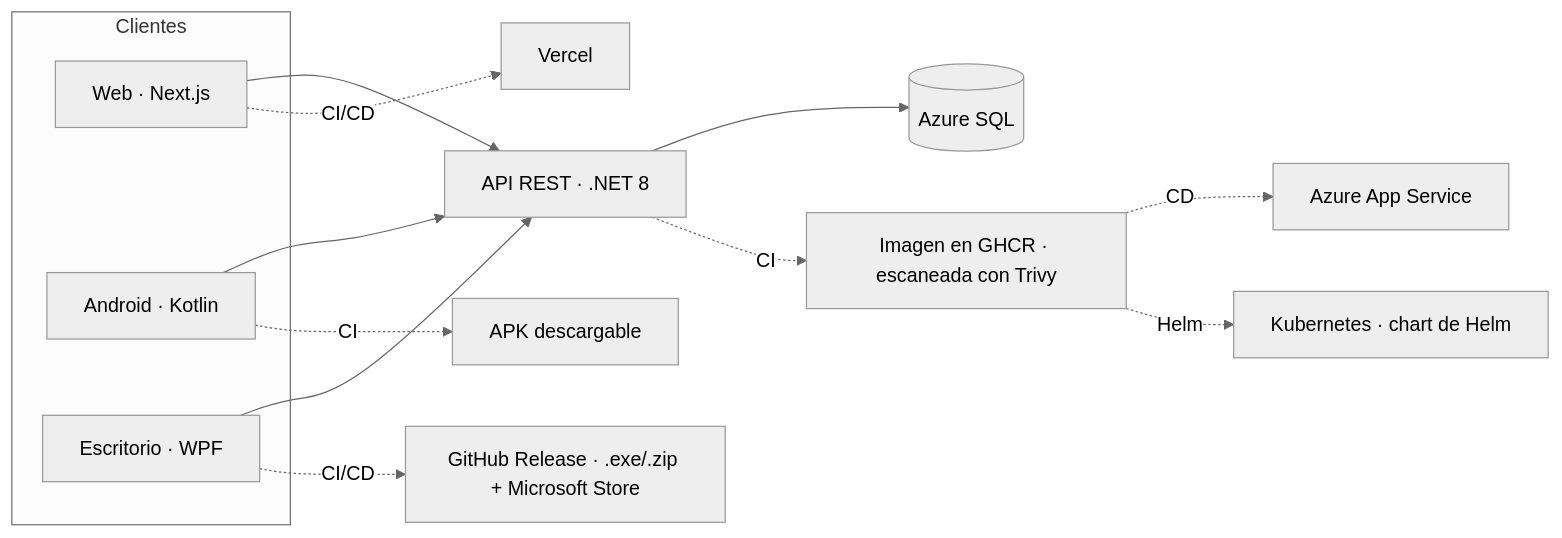
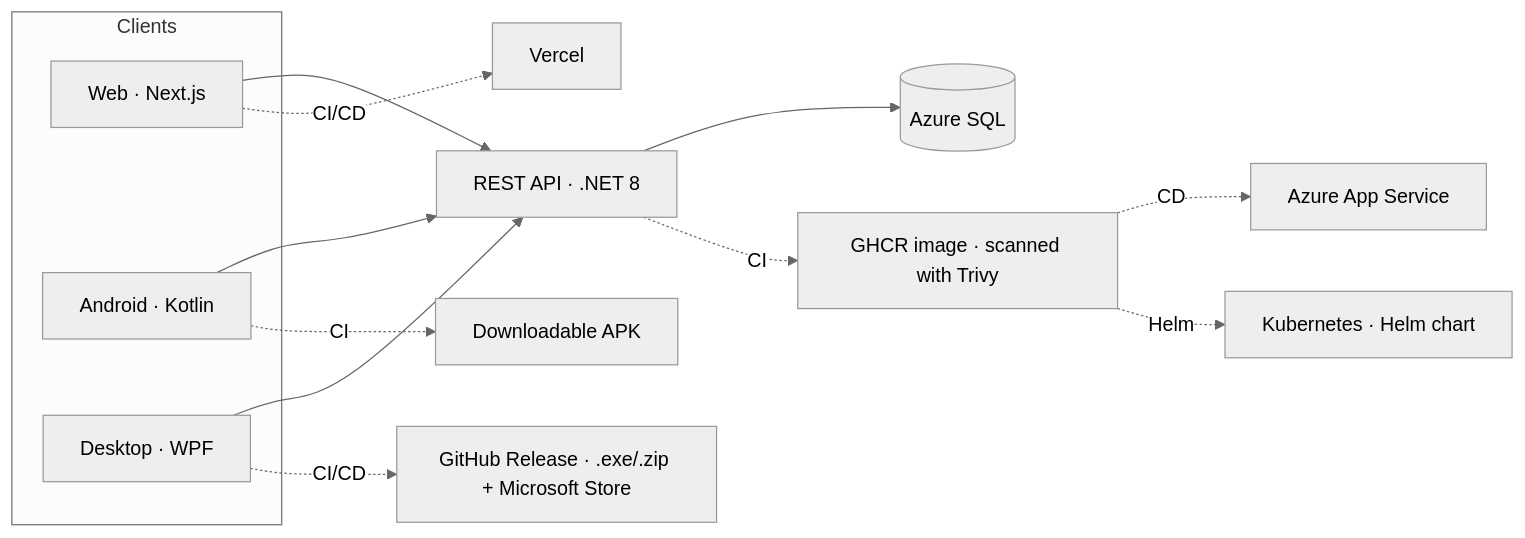
The diagram in README.md (antonicr1986/antonicr1986), drawn with Mermaid (neutral theme) before and after one commit. The commit also changed other lines of this file and 2 other files, not shown here.

````diff
--- a/README.md
+++ b/README.md
@@ -48,23 +47,23 @@
 ```mermaid
 flowchart LR
-    subgraph Clientes
+    subgraph Clients
         WEB[Web · Next.js]
         AND[Android · Kotlin]
-        DESK[Escritorio · WPF]
+        DESK[Desktop · WPF]
     end
 
-    API[API REST · .NET 8]
+    API[REST API · .NET 8]
     DB[(Azure SQL)]
 
     WEB --> API
     AND --> API
     DESK --> API
     API --> DB
 
-    API -. CI .-> GHCR[Imagen en GHCR · escaneada con Trivy]
+    API -. CI .-> GHCR[GHCR image · scanned with Trivy]
     GHCR -. CD .-> AZ[Azure App Service]
     WEB -. CI/CD .-> VER[Vercel]
-    AND -. CI .-> APK[APK descargable]
+    AND -. CI .-> APK[Downloadable APK]
     DESK -. CI/CD .-> REL[GitHub Release · .exe/.zip + Microsoft Store]
-    GHCR -. Helm .-> K8S[Kubernetes · chart de Helm]
+    GHCR -. Helm .-> K8S[Kubernetes · Helm chart]
 ```
````
